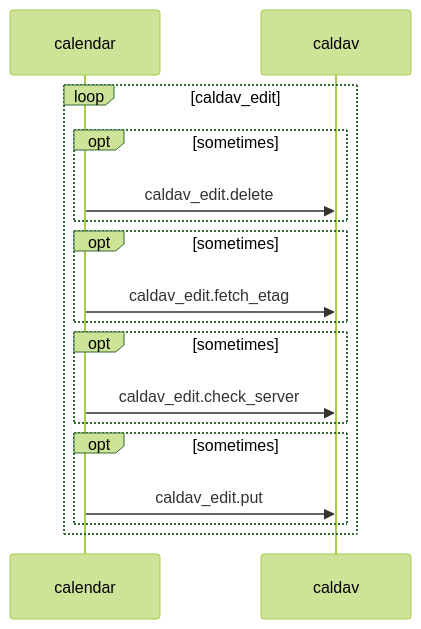
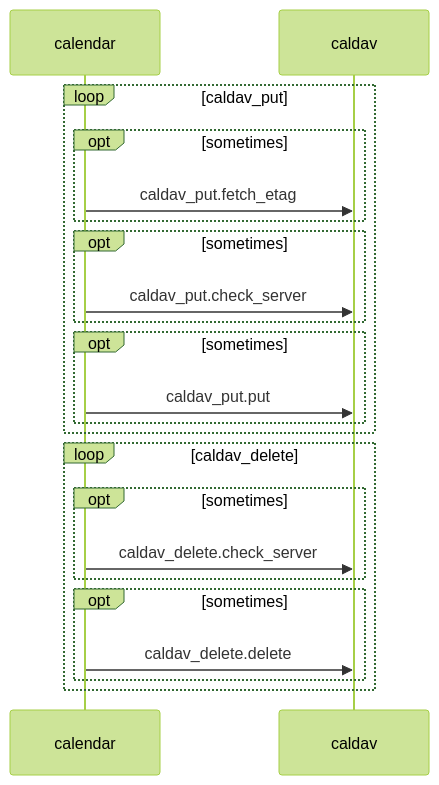
One commit to rabalyn/shale changed the fourth of 4 diagrams in docs/dataflow/caldav-edit.md. Above: the diagram before and after it, drawn with Mermaid (forest theme). The commit also changed other lines of this file and 10 other files, not shown here.

First line of the commit message:
Dataflow: caldav_put and caldav_delete, nested steps in a rect block (DEV-026, DEV-028)

````diff
--- a/docs/dataflow/caldav-edit.md
+++ b/docs/dataflow/caldav-edit.md
@@ -39,19 +49,24 @@
 ```mermaid
 sequenceDiagram
     participant calendar
     participant caldav
-    loop caldav_edit
+    loop caldav_put
         opt sometimes
-            calendar->>caldav: caldav_edit.delete
+            calendar->>caldav: caldav_put.fetch_etag
         end
         opt sometimes
-            calendar->>caldav: caldav_edit.fetch_etag
+            calendar->>caldav: caldav_put.check_server
         end
         opt sometimes
-            calendar->>caldav: caldav_edit.check_server
+            calendar->>caldav: caldav_put.put
+        end
+    end
+    loop caldav_delete
+        opt sometimes
+            calendar->>caldav: caldav_delete.check_server
         end
         opt sometimes
-            calendar->>caldav: caldav_edit.put
+            calendar->>caldav: caldav_delete.delete
         end
     end
 ```
````
